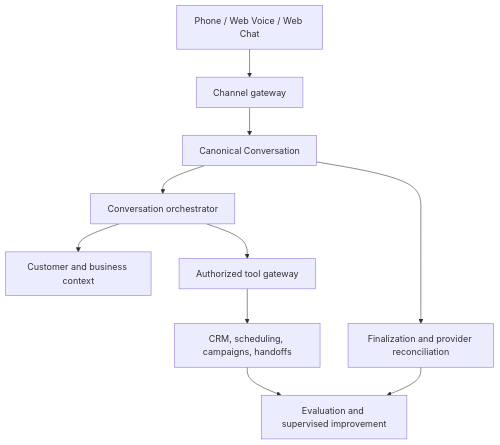
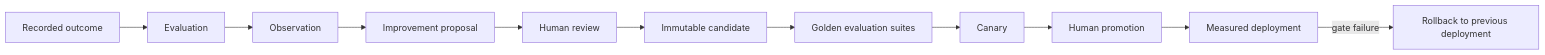
One commit to arslanvuzmal/VoxDesk changed the sixth of 8 diagrams in README.md. Above: the diagram before and after it, drawn with Mermaid. The commit also changed other lines of this file and 5 other files, not shown here.

````diff
--- a/README.md
+++ b/README.md
@@ -44,12 +436,13 @@
 ```mermaid
-flowchart TD
-  Channels[Phone / Web Voice / Web Chat] --> Gateway[Channel gateway]
-  Gateway --> Conversation[Canonical Conversation]
-  Conversation --> Orchestrator[Conversation orchestrator]
-  Orchestrator --> Context[Customer and business context]
-  Orchestrator --> Tools[Authorized tool gateway]
-  Tools --> Operations[CRM, scheduling, campaigns, handoffs]
-  Conversation --> Reconcile[Finalization and provider reconciliation]
-  Operations --> Quality[Evaluation and supervised improvement]
-  Reconcile --> Quality
+flowchart LR
+  O[Recorded outcome] --> E[Evaluation]
+  E --> OB[Observation]
+  OB --> PR[Improvement proposal]
+  PR --> HR[Human review]
+  HR --> C[Immutable candidate]
+  C --> G[Golden evaluation suites]
+  G --> CA[Canary]
+  CA --> HP[Human promotion]
+  HP --> M[Measured deployment]
+  M -->|gate failure| RB[Rollback to previous deployment]
 ```
````
